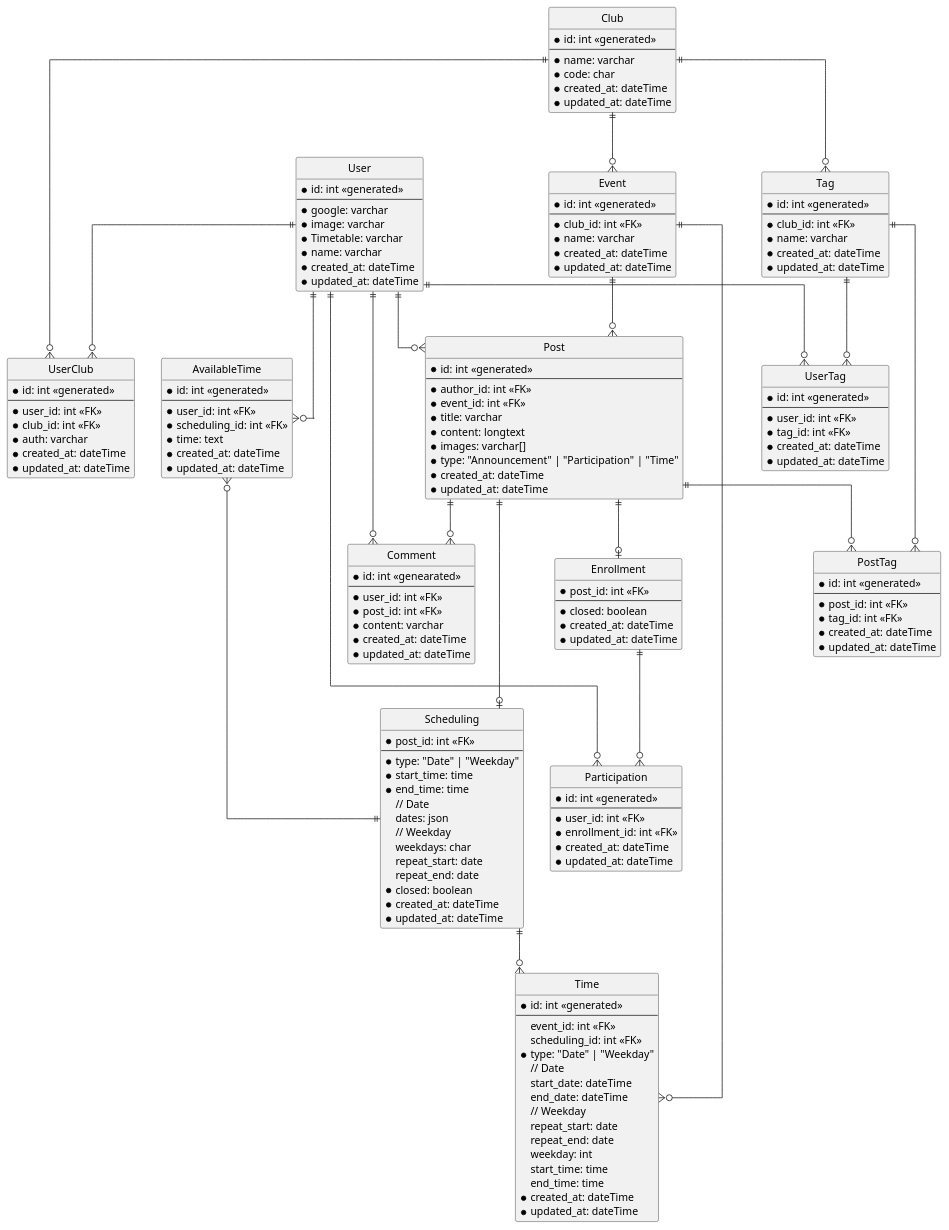
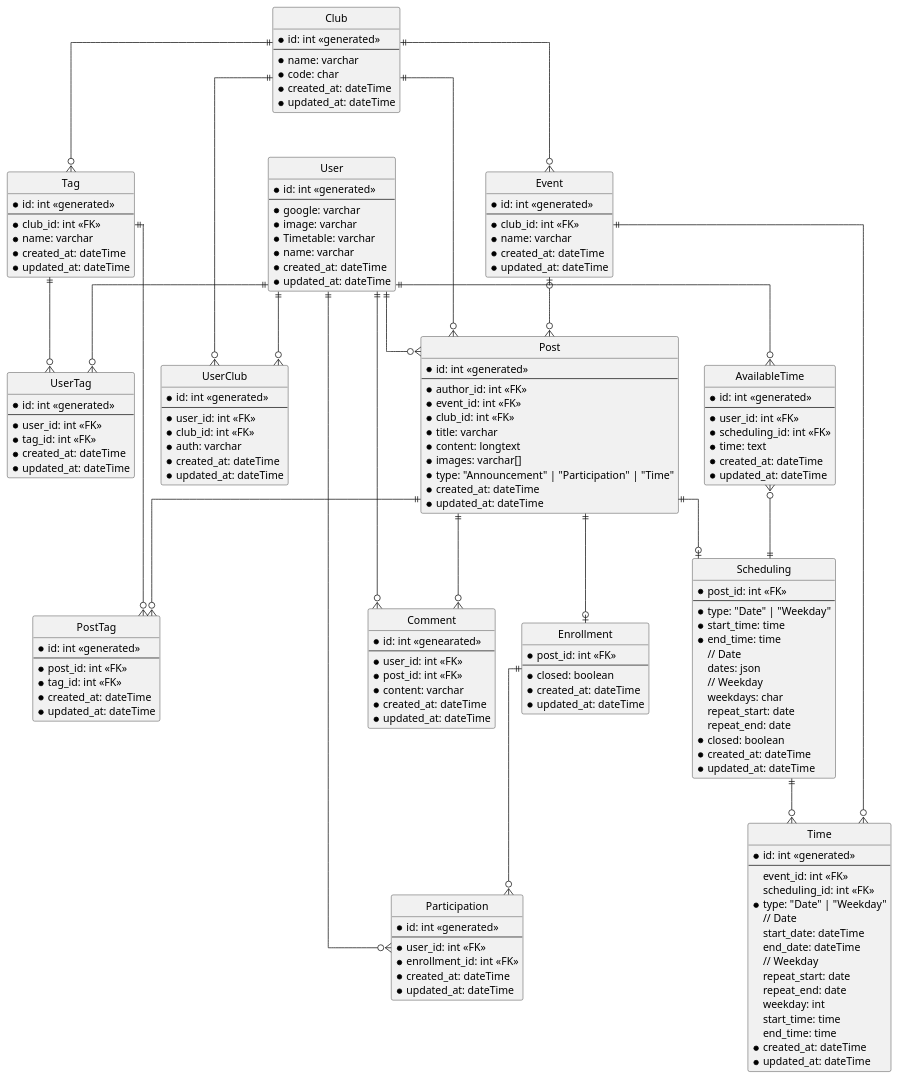
Before and after one commit to swsnu/swppfall2022-team1: the diagram in udong-backend/docs/db-schema.puml, drawn with PlantUML. The commit also changed 1 other file, not shown here.

Commit message:
:card_file_box: Backend: Update schema (#62)

```diff
--- a/udong-backend/docs/db-schema.puml
+++ b/udong-backend/docs/db-schema.puml
@@ -1,178 +1,180 @@
 @startuml Udong
 hide circle
 
 skinparam linetype ortho
 
 entity User {
   *id: int <<generated>>
   --
   *google: varchar
   *image: varchar
   *Timetable: varchar
   *name: varchar
   *created_at: dateTime
   *updated_at: dateTime
 }
 
 entity Club {
   *id: int <<generated>>
   --
   *name: varchar
   *code: char
   *created_at: dateTime
   *updated_at: dateTime
 }
 
 entity UserClub {
   *id: int <<generated>>
   --
   *user_id: int <<FK>>
   *club_id: int <<FK>>
   *auth: varchar
   *created_at: dateTime
   *updated_at: dateTime
 }
 
 entity Event {
   *id: int <<generated>>
   --
   *club_id: int <<FK>>
   *name: varchar
   *created_at: dateTime
   *updated_at: dateTime
 }
 
 entity Time {
   *id: int <<generated>>
   --
   event_id: int <<FK>>
   scheduling_id: int <<FK>>
   *type: "Date" | "Weekday"
   // Date
   start_date: dateTime
   end_date: dateTime
   // Weekday
   repeat_start: date
   repeat_end: date
   weekday: int
   start_time: time
   end_time: time
   *created_at: dateTime
   *updated_at: dateTime
 }
 
 entity Tag {
   *id: int <<generated>>
   --
   *club_id: int <<FK>>
   *name: varchar
   *created_at: dateTime
   *updated_at: dateTime
 }
 
 entity UserTag {
   *id: int <<generated>>
   --
   *user_id: int <<FK>>
   *tag_id: int <<FK>>
   *created_at: dateTime
   *updated_at: dateTime
 }
 
 entity Post {
   *id: int <<generated>>
   --
   *author_id: int <<FK>>
   *event_id: int <<FK>>
+  *club_id: int <<FK>>
   *title: varchar
   *content: longtext
   *images: varchar[]
   *type: "Announcement" | "Participation" | "Time"
   *created_at: dateTime
   *updated_at: dateTime
 }
 
 entity Enrollment {
   *post_id: int <<FK>>
   --
   *closed: boolean
   *created_at: dateTime
   *updated_at: dateTime
 }
 
 entity Scheduling {
   *post_id: int <<FK>>
   --
   *type: "Date" | "Weekday"
   *start_time: time
   *end_time: time
   // Date
   dates: json
   // Weekday
   weekdays: char
   repeat_start: date
   repeat_end: date
   *closed: boolean
   *created_at: dateTime
   *updated_at: dateTime
 }
 
 entity Participation {
   *id: int <<generated>>
   --
   *user_id: int <<FK>>
   *enrollment_id: int <<FK>>
   *created_at: dateTime
   *updated_at: dateTime
 }
 
 entity AvailableTime {
   *id: int <<generated>>
   --
   *user_id: int <<FK>>
   *scheduling_id: int <<FK>>
   *time: text
   *created_at: dateTime
   *updated_at: dateTime
 }
 
 entity Comment {
   *id: int <<genearated>>
   --
   *user_id: int <<FK>>
   *post_id: int <<FK>>
   *content: varchar
   *created_at: dateTime
   *updated_at: dateTime
 }
 
 entity PostTag {
   *id: int <<generated>>
   --
   *post_id: int <<FK>>
   *tag_id: int <<FK>>
   *created_at: dateTime
   *updated_at: dateTime
 }
 
 User ||--o{ UserClub
 Club ||--o{ UserClub
 Club ||--o{ Event
 Time }o-left-|| Event
 User ||--o{ UserTag
 Tag ||--o{ UserTag
-Event ||-down-o{ Post
+Event |o-down-o{ Post
 Post }o-up-|| User
 Enrollment |o-up-|| Post
 Scheduling |o-up-|| Post
 Scheduling ||--o{ Time
 User ||--o{ Participation
 Enrollment ||--o{ Participation
 User ||--o{ AvailableTime
-AvailableTime }o---|| Scheduling
+AvailableTime }o-d-|| Scheduling
 User ||--o{ Comment
 Post ||--o{ PostTag
 Tag }o-up-|| Club
 Tag ||--o{ PostTag
 Post ||--o{ Comment
+Post }o--|| Club
 @enduml
```
